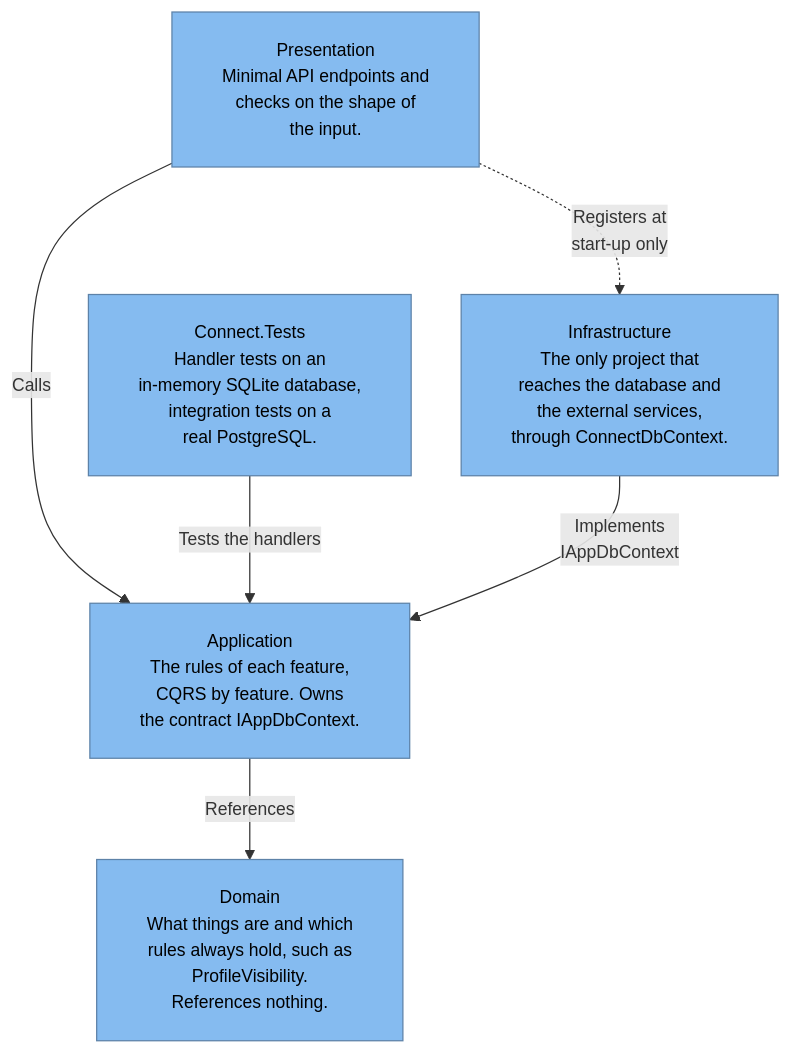
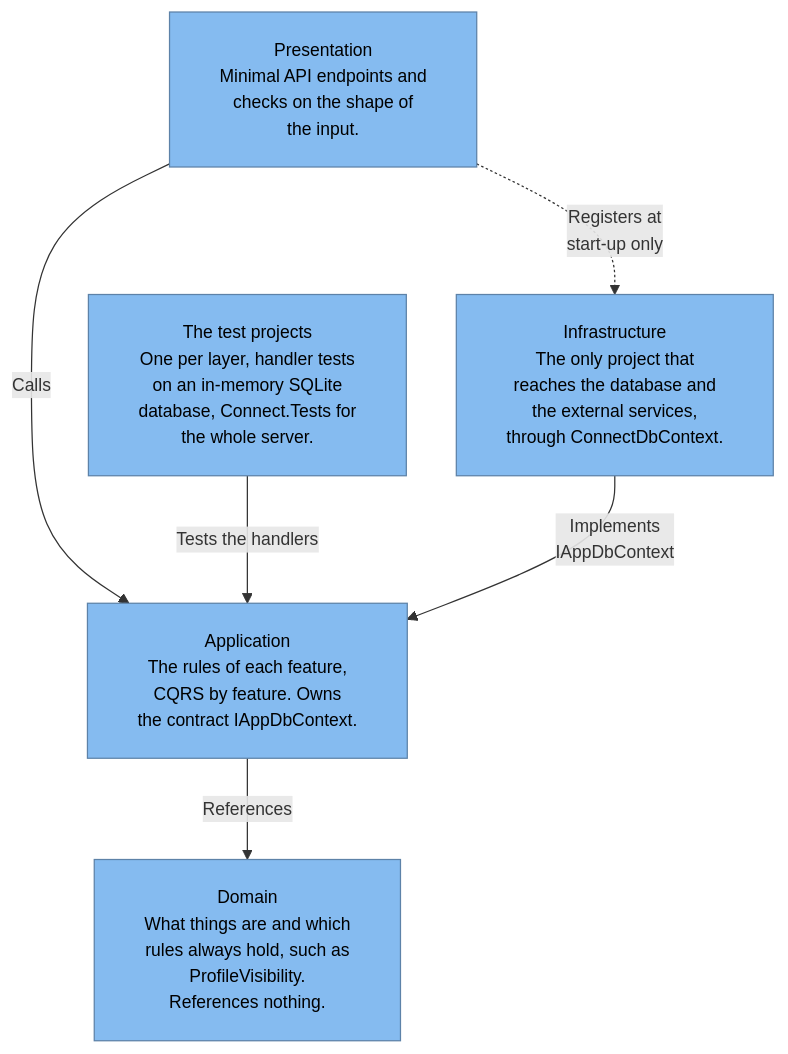
The first of 9 diagrams in docs/wesley/securityAndArchitecture.md (guruITA/connect-nine), drawn with Mermaid before and after one commit. The commit also changed other lines of this file and 2 other files, not shown here.

Commit message:
docs(docs): my architecture documents follow the account code of #262 (#12)

````diff
--- a/docs/wesley/securityAndArchitecture.md
+++ b/docs/wesley/securityAndArchitecture.md
@@ -242,16 +242,16 @@
 ```mermaid
 %%{init: {'flowchart': {'wrappingWidth': 220, 'padding': 20, 'nodeSpacing': 40, 'rankSpacing': 60}, 'themeVariables': {'fontSize': '14px'}}}%%
 flowchart TB
 presentation["Presentation<br/>Minimal API endpoints and<br/>checks on the shape of<br/>the input."]
-tests["Connect.Tests<br/>Handler tests on an<br/>in-memory SQLite database,<br/>integration tests on a<br/>real PostgreSQL."]
+tests["The test projects<br/>One per layer, handler tests<br/>on an in-memory SQLite<br/>database, Connect.Tests for<br/>the whole server."]
 infrastructure["Infrastructure<br/>The only project that<br/>reaches the database and<br/>the external services,<br/>through ConnectDbContext."]
 application["Application<br/>The rules of each feature,<br/>CQRS by feature. Owns<br/>the contract IAppDbContext."]
 domain["Domain<br/>What things are and which<br/>rules always hold, such as<br/>ProfileVisibility.<br/>References nothing."]
 presentation -->|"Calls"| application
 presentation -.->|"Registers at<br/>start-up only"| infrastructure
 tests -->|"Tests the handlers"| application
 infrastructure -->|"Implements<br/>IAppDbContext"| application
 application -->|"References"| domain
 classDef component fill:#85bbf0,color:#000000,stroke:#5d82a8
 class presentation,tests,infrastructure,application,domain component
 ```
````
